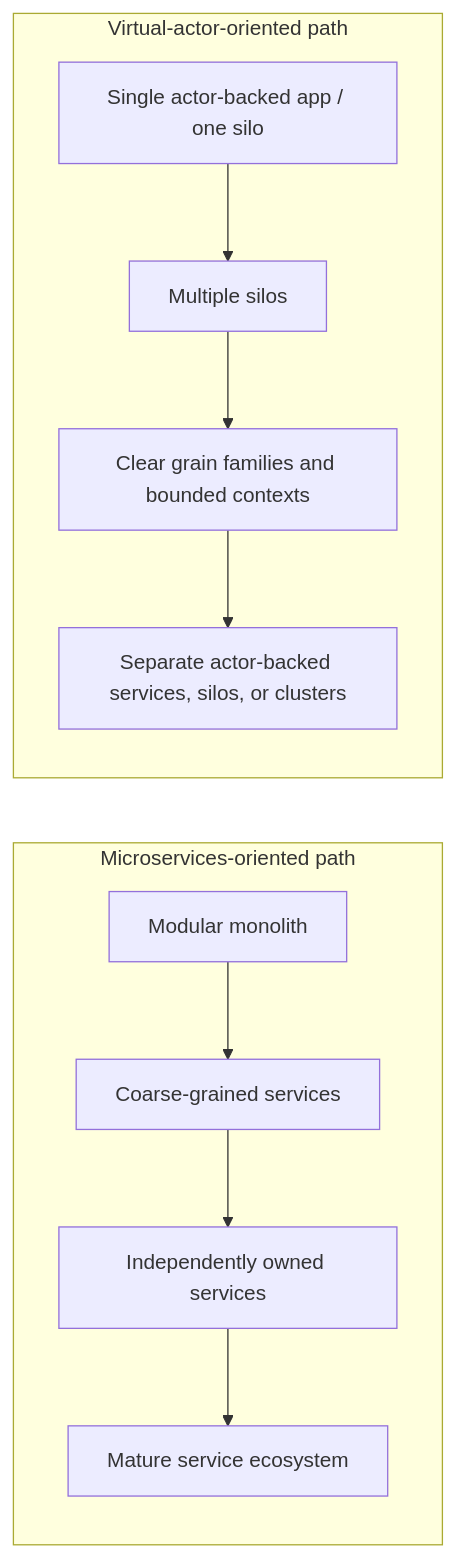
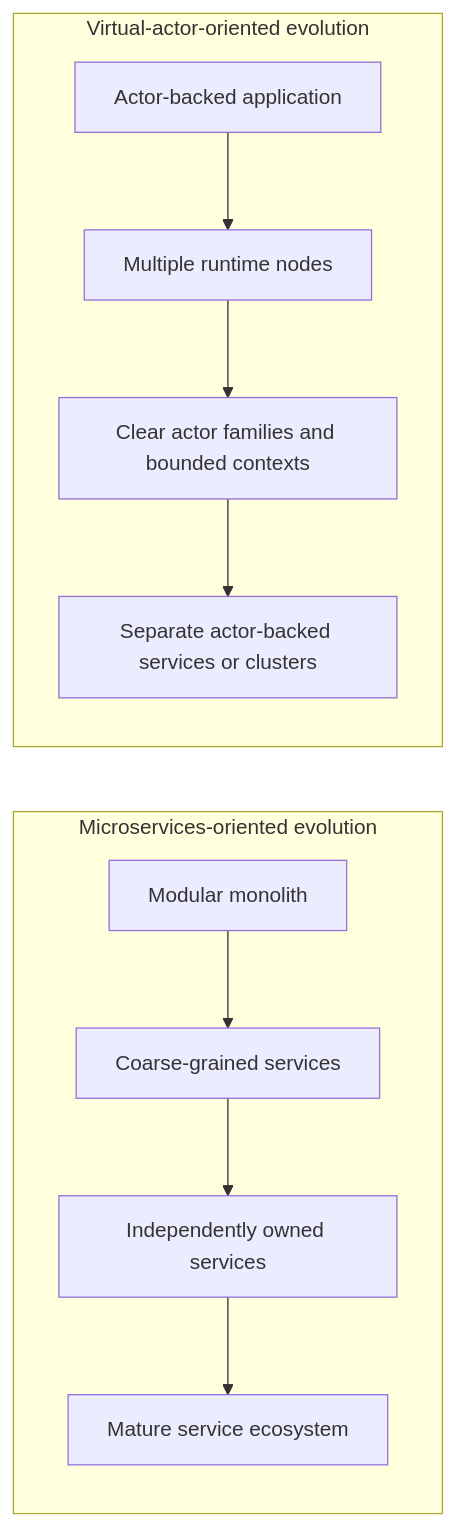
The first of 2 diagrams in docs/08-organizational-scaling-and-architecture-fit.md (petesramek/microservices-vs-virtual-actors), drawn with Mermaid before and after one commit. The commit also changed other lines of this file and 39 other files, not shown here.

````diff
--- a/docs/08-organizational-scaling-and-architecture-fit.md
+++ b/docs/08-organizational-scaling-and-architecture-fit.md
@@ -131,18 +118,20 @@
 ```mermaid
 flowchart LR
-    subgraph Microservices-oriented path
-        MM[Modular monolith]
+    subgraph MicroservicesPath[Microservices-oriented evolution]
+        Modular[Modular monolith]
         Coarse[Coarse-grained services]
         Owned[Independently owned services]
         Ecosystem[Mature service ecosystem]
-        MM --> Coarse --> Owned --> Ecosystem
+
+        Modular --> Coarse --> Owned --> Ecosystem
     end
 
-    subgraph Virtual-actor-oriented path
-        ActorApp[Single actor-backed app / one silo]
-        Silos[Multiple silos]
-        Families[Clear grain families and bounded contexts]
-        Split[Separate actor-backed services, silos, or clusters]
+    subgraph ActorPath[Virtual-actor-oriented evolution]
+        ActorApp[Actor-backed application]
+        Silos[Multiple runtime nodes]
+        Families[Clear actor families and bounded contexts]
+        Split[Separate actor-backed services or clusters]
+
         ActorApp --> Silos --> Families --> Split
     end
 ```
````
